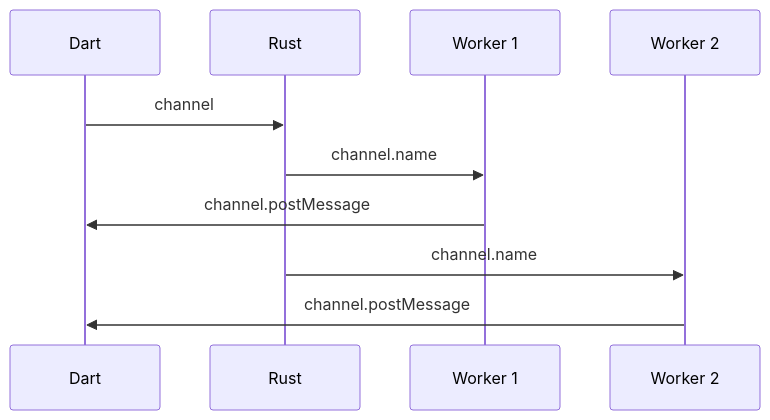
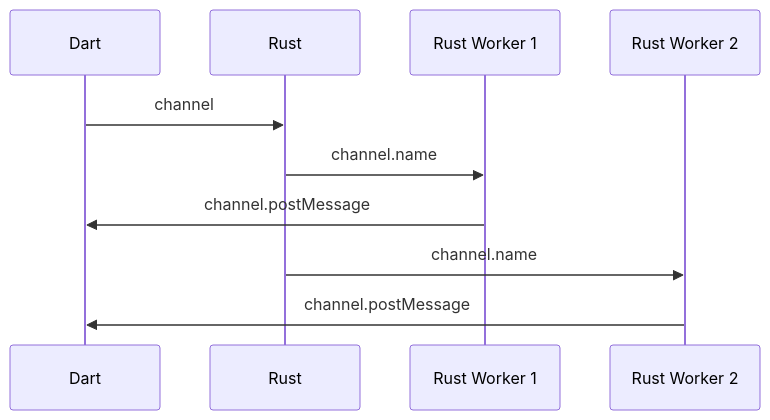
The second of 2 diagrams in book/src/contributing/architecture.md (fzyzcjy/flutter_rust_bridge), drawn with Mermaid before and after one commit. The commit also changed other lines of this file and 32 other files, not shown here.

````diff
--- a/book/src/contributing/architecture.md
+++ b/book/src/contributing/architecture.md
@@ -70,8 +70,8 @@
 ```mermaid
 sequenceDiagram
 Dart ->> Rust: channel
-Rust ->> Worker 1: channel.name
-Worker 1 ->> Dart: channel.postMessage
-Rust ->> Worker 2: channel.name
-Worker 2 ->> Dart: channel.postMessage
+Rust ->> Rust Worker 1: channel.name
+Rust Worker 1 ->> Dart: channel.postMessage
+Rust ->> Rust Worker 2: channel.name
+Rust Worker 2 ->> Dart: channel.postMessage
 ```
````
